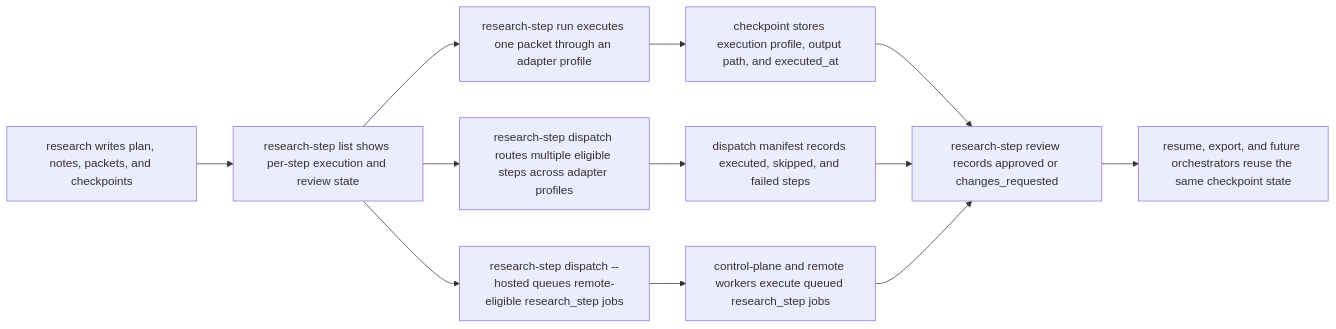
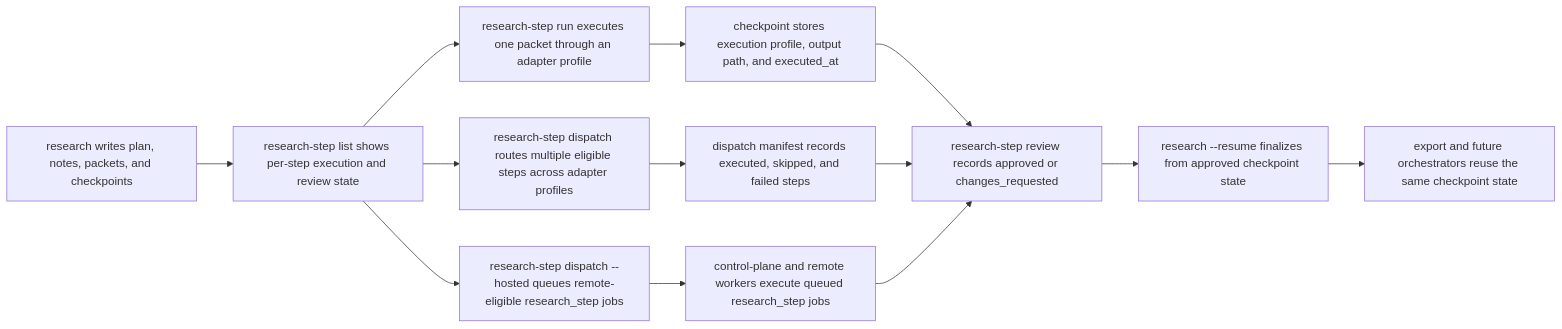
Before and after one commit to shrijacked/Cognisync: the third of 3 diagrams in docs/operator-workflows.md, drawn with Mermaid. The commit also changed other lines of this file and 6 other files, not shown here.

````diff
--- a/docs/operator-workflows.md
+++ b/docs/operator-workflows.md
@@ -719,14 +721,15 @@
 ```mermaid
 flowchart LR
     A["research writes plan, notes, packets, and checkpoints"] --> B["research-step list shows per-step execution and review state"]
     B --> C["research-step run executes one packet through an adapter profile"]
     B --> C2["research-step dispatch routes multiple eligible steps across adapter profiles"]
     B --> C3["research-step dispatch --hosted queues remote-eligible research_step jobs"]
     C --> D["checkpoint stores execution profile, output path, and executed_at"]
     C2 --> D2["dispatch manifest records executed, skipped, and failed steps"]
     C3 --> D3["control-plane and remote workers execute queued research_step jobs"]
     D --> E["research-step review records approved or changes_requested"]
     D2 --> E
     D3 --> E
-    E --> F["resume, export, and future orchestrators reuse the same checkpoint state"]
+    E --> F["research --resume finalizes from approved checkpoint state"]
+    F --> G["export and future orchestrators reuse the same checkpoint state"]
 ```
````
